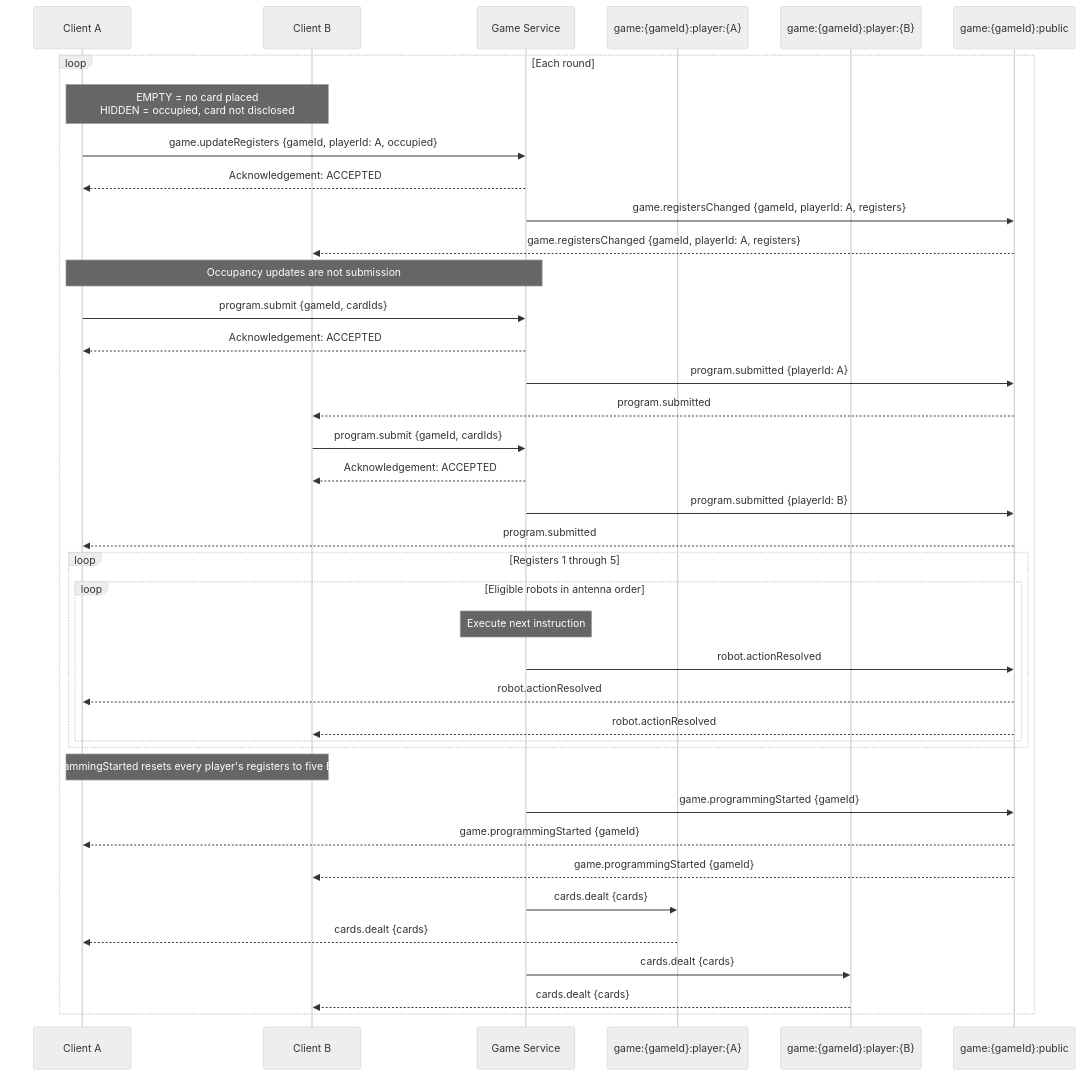
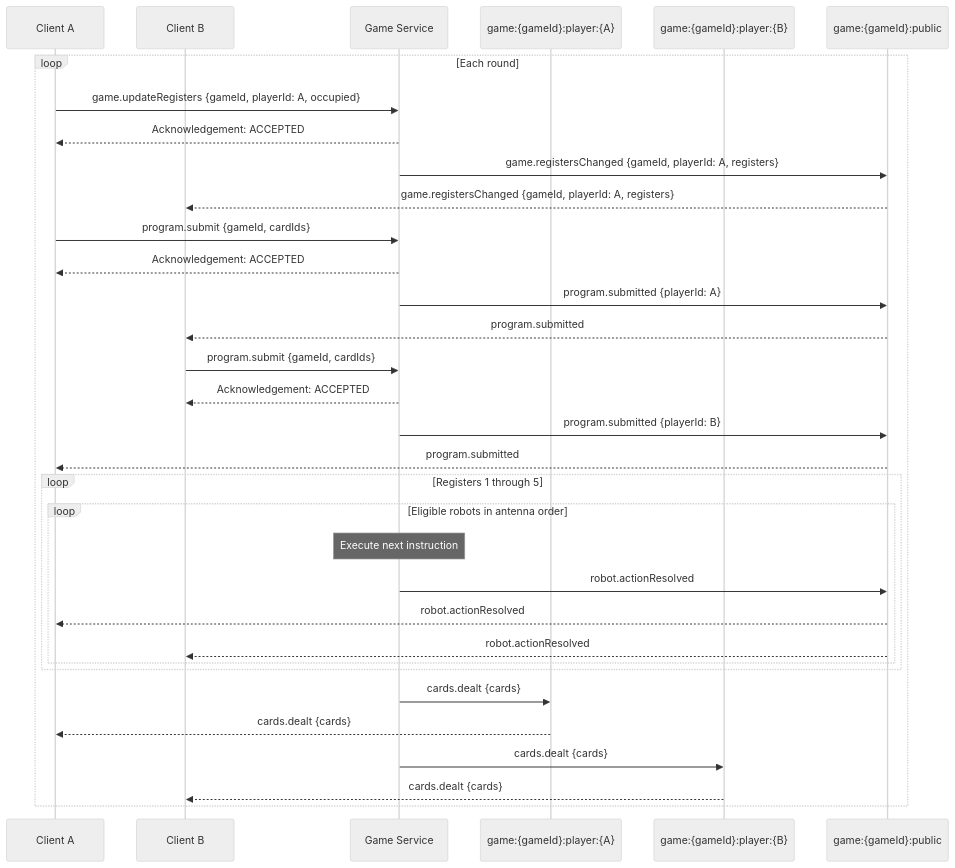
One commit to hananinas/RoboRally changed the fourth of 6 diagrams in docs/Communication.md. Above: the diagram before and after it, drawn with Mermaid (neutral theme). The commit also changed other lines of this file and 2 other files, not shown here.

Commit message:
docs: derive the register reset from the new hand
Drop game.programmingStarted: the hand that cards.dealt delivers already
opens the next programming round, so clients reset every player's registers
when their hand arrives and reconnecting clients get the reset from
session.get. Also trim the notes that cluttered the round sequence diagram.

````diff
--- a/docs/Communication.md
+++ b/docs/Communication.md
@@ -230,44 +230,38 @@
 ```mermaid
 sequenceDiagram
     participant A as Client A
     participant B as Client B
     participant Server as Game Service
     participant PrivateA as game:{gameId}:player:{A}
     participant PrivateB as game:{gameId}:player:{B}
     participant Public as game:{gameId}:public
 
     loop Each round
-        Note over A,B: EMPTY = no card placed<br/>HIDDEN = occupied, card not disclosed
         A->>Server: game.updateRegisters {gameId, playerId: A, occupied}
         Server-->>A: Acknowledgement: ACCEPTED
         Server->>Public: game.registersChanged {gameId, playerId: A, registers}
         Public-->>B: game.registersChanged {gameId, playerId: A, registers}
-        Note over A,Server: Occupancy updates are not submission
         A->>Server: program.submit {gameId, cardIds}
         Server-->>A: Acknowledgement: ACCEPTED
         Server->>Public: program.submitted {playerId: A}
         Public-->>B: program.submitted
 
         B->>Server: program.submit {gameId, cardIds}
         Server-->>B: Acknowledgement: ACCEPTED
         Server->>Public: program.submitted {playerId: B}
         Public-->>A: program.submitted
         loop Registers 1 through 5
             loop Eligible robots in antenna order
                 Note over Server: Execute next instruction
                 Server->>Public: robot.actionResolved
                 Public-->>A: robot.actionResolved
                 Public-->>B: robot.actionResolved
             end
         end
 
-        Note over A,B: game.programmingStarted resets every player's registers to five EMPTY slots
-        Server->>Public: game.programmingStarted {gameId}
-        Public-->>A: game.programmingStarted {gameId}
-        Public-->>B: game.programmingStarted {gameId}
         Server->>PrivateA: cards.dealt {cards}
         PrivateA-->>A: cards.dealt {cards}
         Server->>PrivateB: cards.dealt {cards}
         PrivateB-->>B: cards.dealt {cards}
     end
 ```
````
